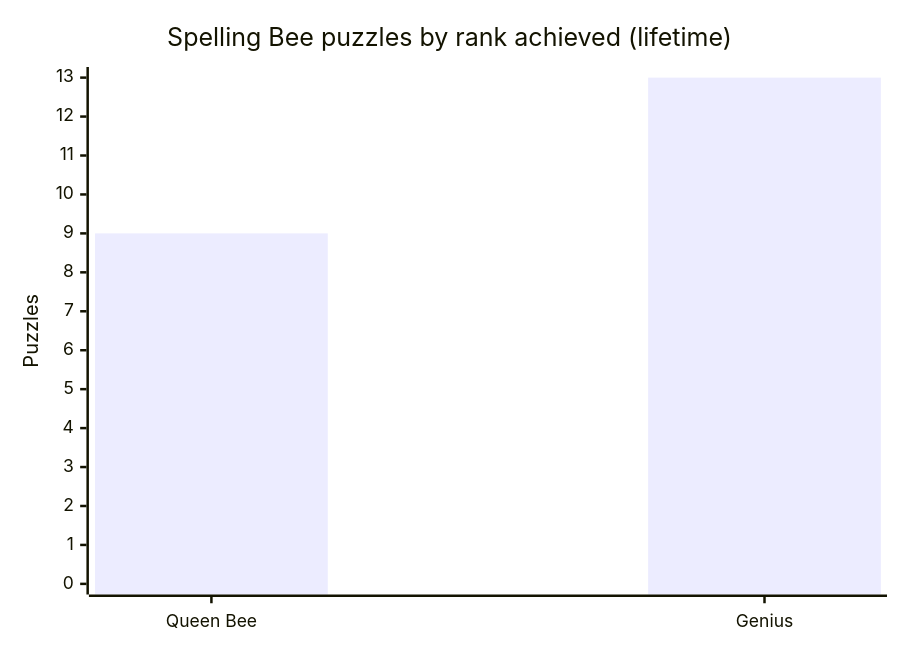
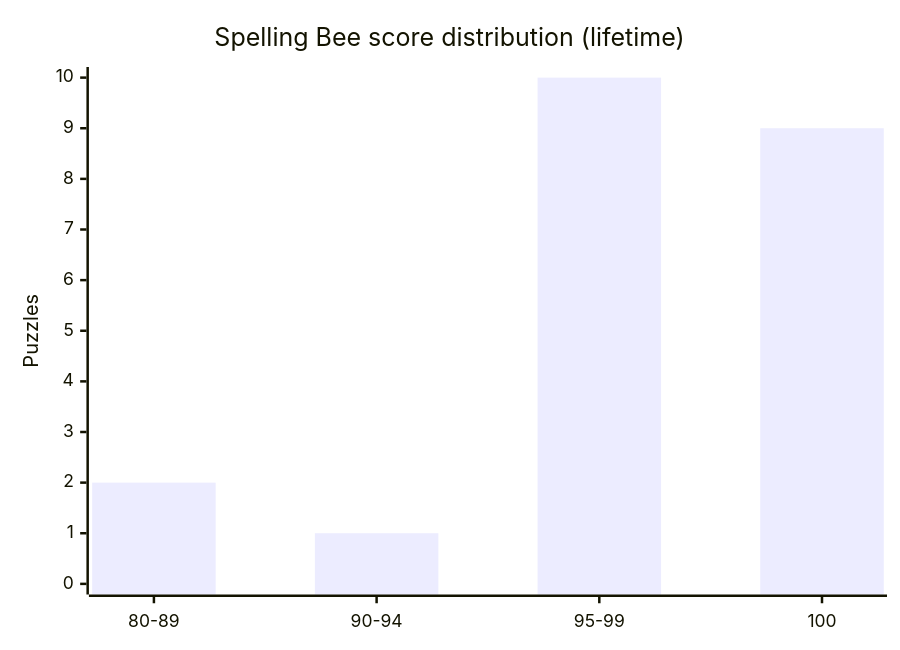
Before and after one commit to rhelgason/nyt-suite-solver: the second of 2 diagrams in README.md, drawn with Mermaid. The commit also changed other lines of this file and 2 other files, not shown here.

First line of the commit message:
Add cumulative-solves line chart and Spelling Bee score histogram to stats

````diff
--- a/README.md
+++ b/README.md
@@ -30,7 +42,7 @@
 ```mermaid
 xychart-beta
-    title "Spelling Bee puzzles by rank achieved (lifetime)"
-    x-axis ["Queen Bee", "Genius"]
-    y-axis "Puzzles" 0 --> 13
-    bar [9, 13]
+    title "Spelling Bee score distribution (lifetime)"
+    x-axis ["80-89", "90-94", "95-99", "100"]
+    y-axis "Puzzles" 0 --> 10
+    bar [2, 1, 10, 9]
 ```
````
